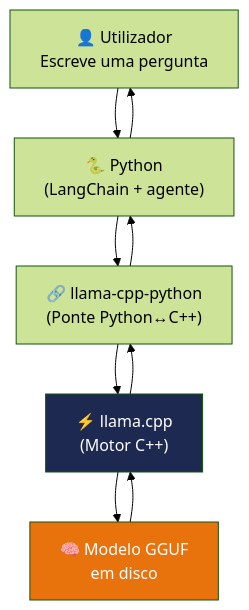
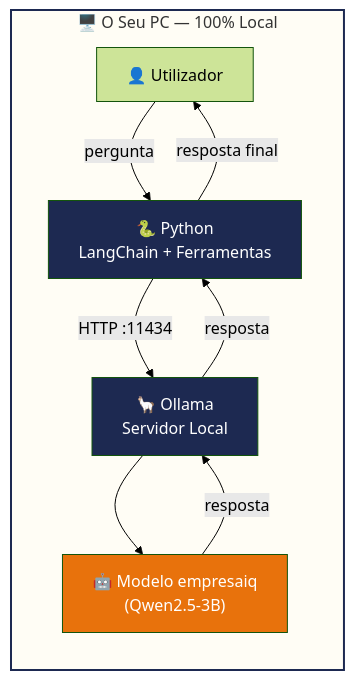
Before and after one commit to icpmtech/empresaiq-ebook: the second of 2 diagrams in docs/08-instalacao-llamacpp.md, drawn with Mermaid (forest theme). The commit also changed other lines of this file and 27 other files, not shown here.

````diff
--- a/docs/08-instalacao-llamacpp.md
+++ b/docs/08-instalacao-llamacpp.md
@@ -19,13 +190,16 @@
 ```mermaid
-flowchart TD
-    U["👤 Utilizador\nEscreve uma pergunta"] --> PY["🐍 Python\n(LangChain + agente)"]
-    PY --> LCP["🔗 llama-cpp-python\n(Ponte Python↔C++)"]
-    LCP --> LC["⚡ llama.cpp\n(Motor C++)"]
-    LC --> M["🧠 Modelo GGUF\nem disco"]
-    M --> LC
-    LC --> LCP
-    LCP --> PY
-    PY --> U
-    style LC fill:#1D2951,color:#fff
+graph TD
+    subgraph PC["🖥️ O Seu PC — 100% Local"]
+        direction TB
+        U["👤 Utilizador"] -->|pergunta| PY
+        PY["🐍 Python\nLangChain + Ferramentas"] -->|"HTTP :11434"| OL
+        OL["🦙 Ollama\nServidor Local"] --> M["🤖 Modelo empresaiq\n(Qwen2.5-3B)"]
+        M -->|resposta| OL
+        OL -->|resposta| PY
+        PY -->|"resposta final"| U
+    end
+    style PC fill:#FFFDF5,stroke:#1D2951,stroke-width:2px
+    style OL fill:#1D2951,color:#fff
     style M fill:#E8720C,color:#fff
+    style PY fill:#1D2951,color:#fff
 ```
````
